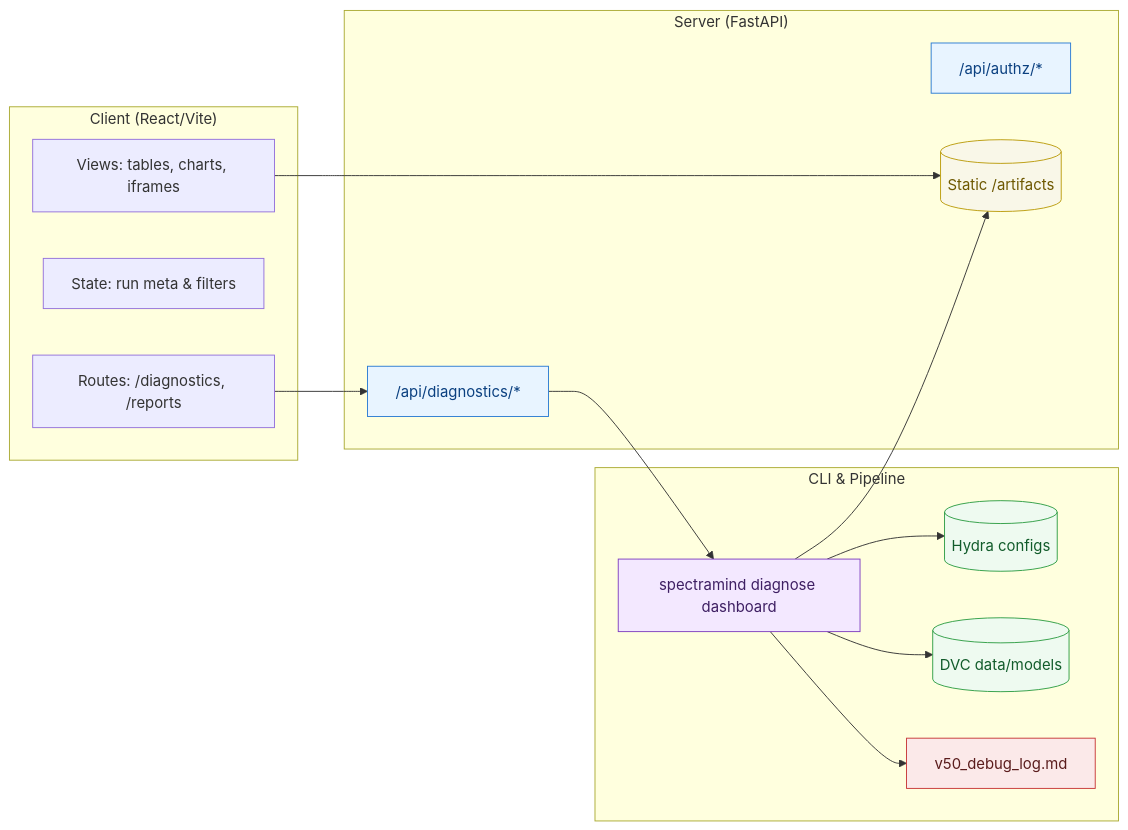
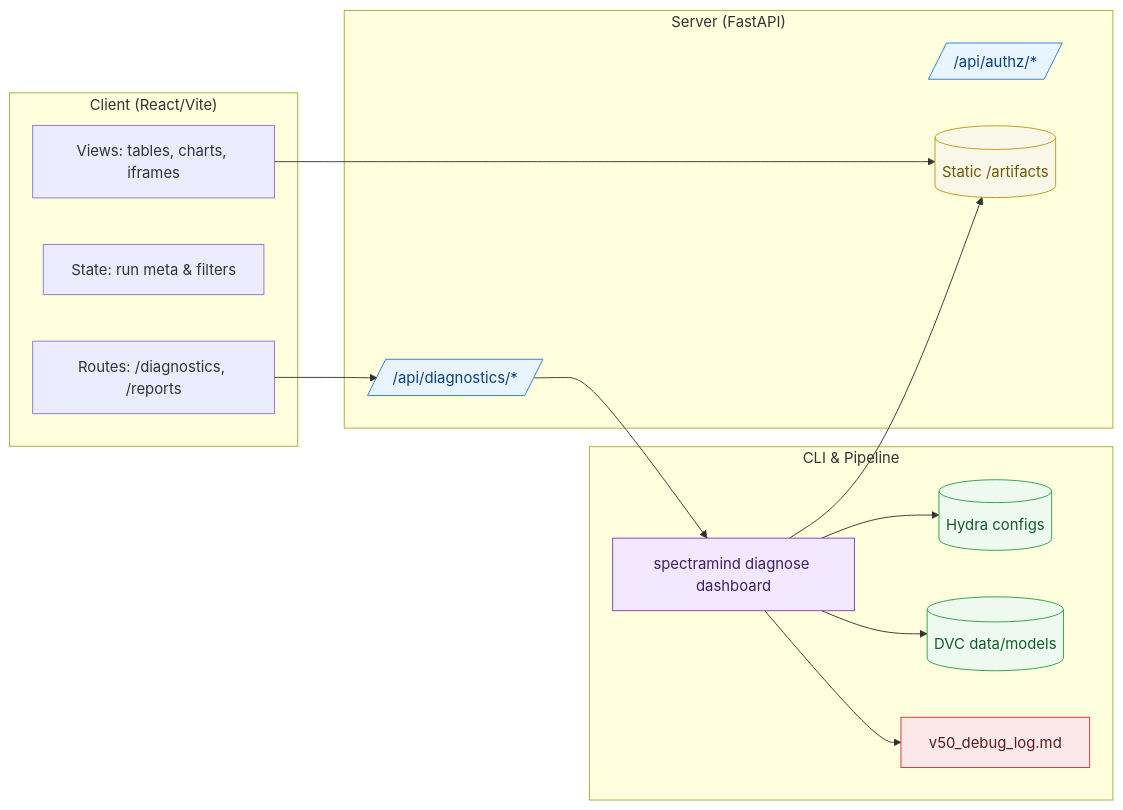
One commit to bartytime4life/ArielSensorArray changed the first of 5 diagrams in src/gui/app/ARCHITECTURE.md. Above: the diagram before and after it, drawn with Mermaid. The commit also changed other lines of this file, not shown here.

Commit message:
Upgrade GUI Architecture documentation with Mermaid

````diff
--- a/src/gui/app/ARCHITECTURE.md
+++ b/src/gui/app/ARCHITECTURE.md
@@ -12,39 +14,39 @@
 ```mermaid
 flowchart LR
   %% ---------- LAYERS ----------
   subgraph Client["Client (React/Vite)"]
     R[Routes: /diagnostics, /reports]
     S[State: run meta & filters]
     V[Views: tables, charts, iframes]
   end
 
   subgraph Server["Server (FastAPI)"]
-    A["/api/diagnostics/*"]:::api
-    M["/api/authz/*"]:::api
+    A[/ /api/diagnostics/* /]:::api
+    M[/ /api/authz/* /]:::api
     X[(Static /artifacts)]:::static
   end
 
   subgraph Pipeline["CLI & Pipeline"]
     C["spectramind diagnose dashboard"]:::cli
     H[(Hydra configs)]:::cfg
     D[(DVC data/models)]:::cfg
     L["v50_debug_log.md"]:::log
   end
 
   %% ---------- FLOWS ----------
   R --> A
   V --> X
   A --> C
 
   C --> X
   C --> L
   C --> H
   C --> D
 
   %% ---------- STYLES ----------
   classDef api fill:#e8f4ff,stroke:#2a7bd3,color:#0b4080
   classDef static fill:#f9f7e8,stroke:#bb9b0b,color:#6e5800
   classDef cli fill:#f3e8ff,stroke:#7f3fbf,color:#3e1f63
   classDef cfg fill:#eefaf0,stroke:#2f9e44,color:#125c2b
   classDef log fill:#fbe9e9,stroke:#c73636,color:#5a1c1c
 ```
````
